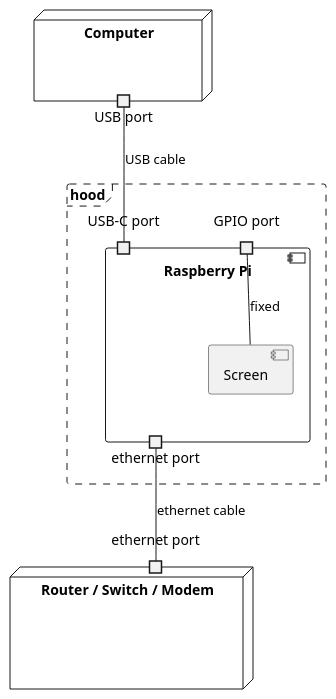
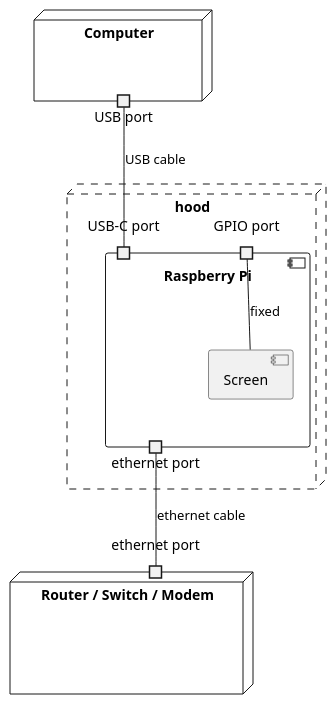
The diagram in paper/graphics/puml/hardware-deployment-view.puml (YongBinnnnnnnnnnnnnnnnnnnnnnnnnnnnnnnnn/hood), drawn with PlantUML before and after one commit.

```diff
--- a/paper/graphics/puml/hardware-deployment-view.puml
+++ b/paper/graphics/puml/hardware-deployment-view.puml
@@ -1,20 +1,20 @@
 @startuml
-
 node Computer {
 portout "USB port" as computerusb
 }
-frame hood #line.dashed {
+node hood #line.dashed {
 component "Raspberry Pi" as pi {
 portin "USB-C port" as piusb
 port "GPIO port" as gpiopi
 portout "ethernet port" as piethernet
 component Screen
 }
 }
-computerusb -- piusb : USB cable
-gpiopi - Screen : fixed
 node "Router / Switch / Modem" as router {
 port "ethernet port" as routerethernet
 }
+computerusb -- piusb : USB cable
+gpiopi - Screen : fixed
 piethernet -- routerethernet : ethernet cable
-@endum
+
+@enduml
```
